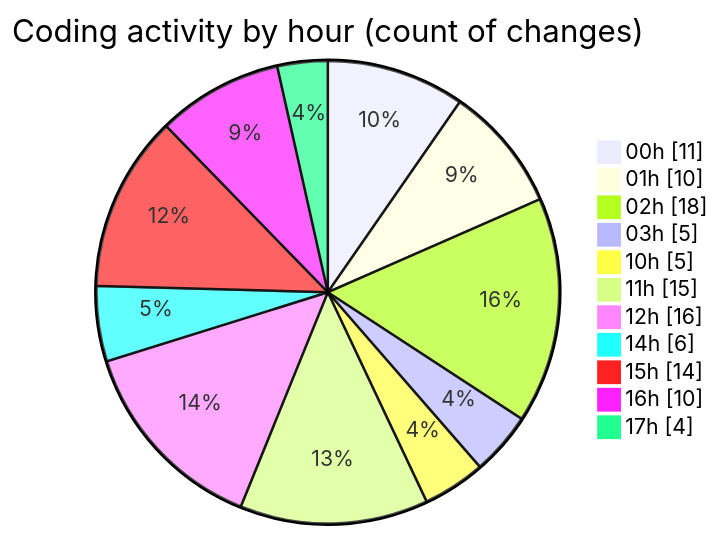
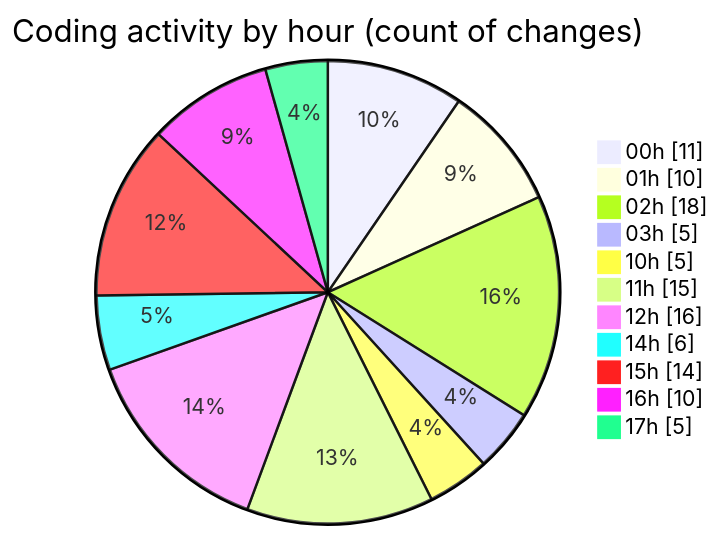
One commit to julien-gomy/code-tracking changed the second of 2 diagrams in 2025-11-02/cdp_aleoudev_fr__workspace_/README.md. Above: the diagram before and after it, drawn with Mermaid. The commit also changed other lines of this file and 1 other file, not shown here.

````diff
--- a/2025-11-02/cdp_aleoudev_fr__workspace_/README.md
+++ b/2025-11-02/cdp_aleoudev_fr__workspace_/README.md
@@ -39,15 +39,15 @@
 ```mermaid
 pie showData
 title Coding activity by hour (count of changes)
 "00h" : 11
 "01h" : 10
 "02h" : 18
 "03h" : 5
 "10h" : 5
 "11h" : 15
 "12h" : 16
 "14h" : 6
 "15h" : 14
 "16h" : 10
-"17h" : 4
+"17h" : 5
 ```
````
